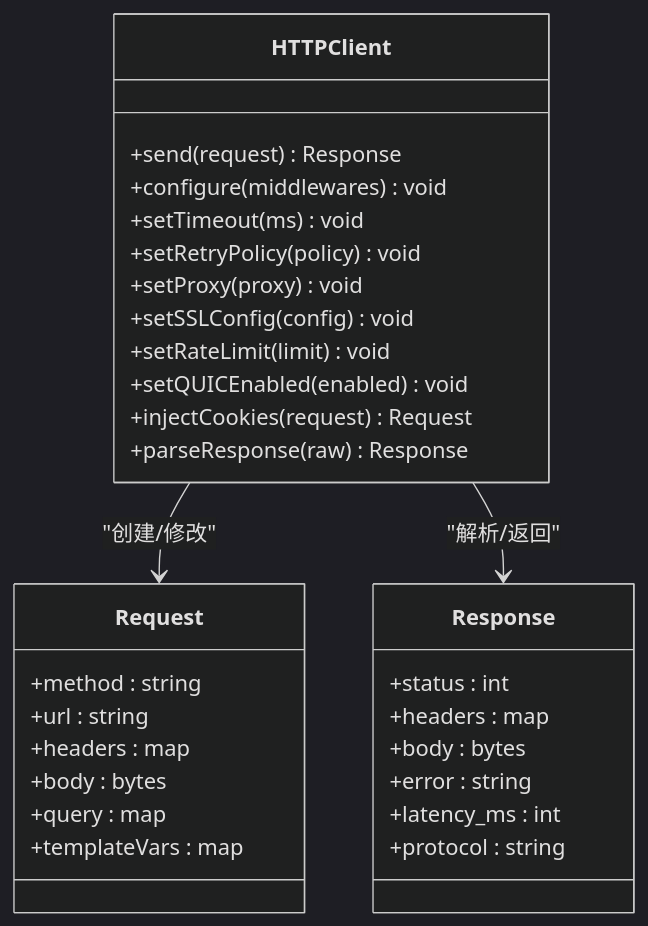
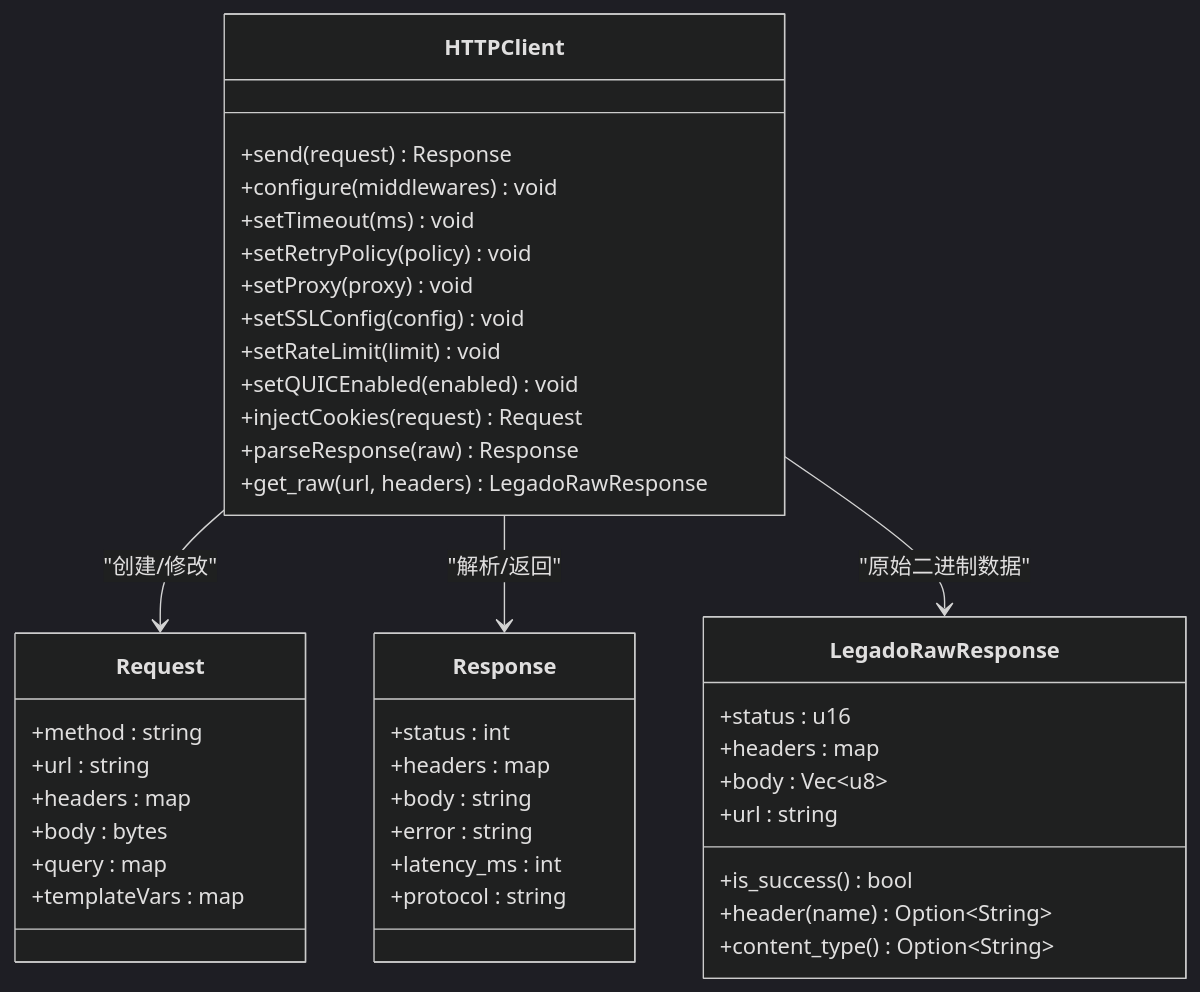
Before and after one commit to ZhangGHGitHub/LegadoTeamFlutter: the third of 16 diagrams in .qoder/repowiki/zh/content/Rust核心库/网络层/网络层.md, drawn with Mermaid (dark theme). The commit also changed other lines of this file and 173 other files, not shown here.

````diff
--- a/.qoder/repowiki/zh/content/Rust核心库/网络层/网络层.md
+++ b/.qoder/repowiki/zh/content/Rust核心库/网络层/网络层.md
@@ -216,33 +291,44 @@
 ```mermaid
 classDiagram
 class HTTPClient {
 +send(request) Response
 +configure(middlewares) void
 +setTimeout(ms) void
 +setRetryPolicy(policy) void
 +setProxy(proxy) void
 +setSSLConfig(config) void
 +setRateLimit(limit) void
 +setQUICEnabled(enabled) void
 +injectCookies(request) Request
 +parseResponse(raw) Response
++get_raw(url, headers) LegadoRawResponse
 }
 class Request {
 +method : string
 +url : string
 +headers : map
 +body : bytes
 +query : map
 +templateVars : map
 }
 class Response {
 +status : int
 +headers : map
-+body : bytes
++body : string
 +error : string
 +latency_ms : int
 +protocol : string
 }
+class LegadoRawResponse {
++status : u16
++headers : map
++body : Vec~u8~
++url : string
++is_success() bool
++header(name) Option~String~
++content_type() Option~String~
+}
 HTTPClient --> Request : "创建/修改"
 HTTPClient --> Response : "解析/返回"
+HTTPClient --> LegadoRawResponse : "原始二进制数据"
 ```
````
